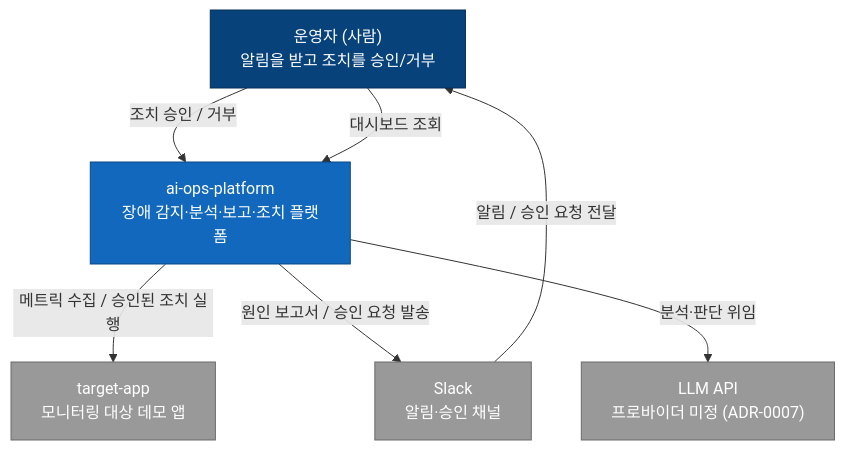
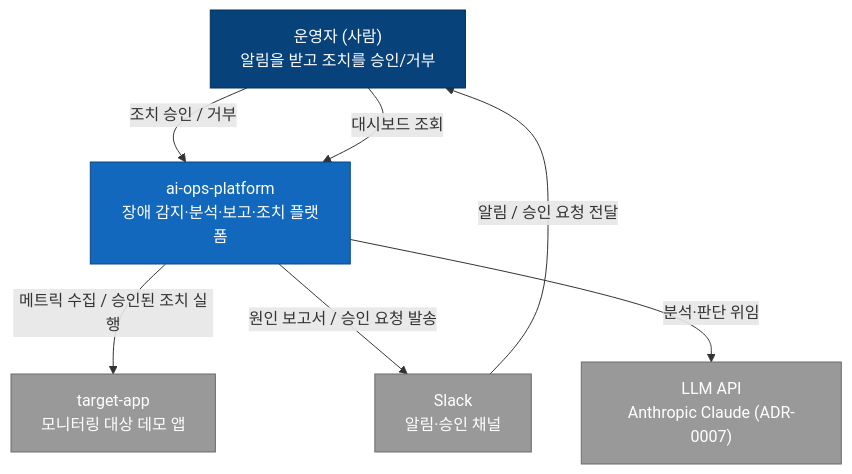
The first of 2 diagrams in docs/architecture.md (stillframe42/ai-ops-platform), drawn with Mermaid before and after one commit. The commit also changed other lines of this file and 4 other files, not shown here.

First line of the commit message:
docs: ADR-0002/0007 결정 — 관측 데이터 직접 조회, LLM 은 Claude Sonnet 5

````diff
--- a/docs/architecture.md
+++ b/docs/architecture.md
@@ -9,22 +9,22 @@
 ```mermaid
 flowchart TB
     operator["운영자 (사람)<br/>알림을 받고 조치를 승인/거부"]
     platform["ai-ops-platform<br/>장애 감지·분석·보고·조치 플랫폼"]
     target["target-app<br/>모니터링 대상 데모 앱"]
     slack["Slack<br/>알림·승인 채널"]
-    llm["LLM API<br/>프로바이더 미정 (ADR-0007)"]
+    llm["LLM API<br/>Anthropic Claude (ADR-0007)"]
 
     platform -->|"메트릭 수집 / 승인된 조치 실행"| target
     platform -->|"원인 보고서 / 승인 요청 발송"| slack
     slack -->|"알림 / 승인 요청 전달"| operator
     operator -->|"조치 승인 / 거부"| platform
     operator -->|"대시보드 조회"| platform
     platform -->|"분석·판단 위임"| llm
 
     classDef person fill:#08427b,color:#fff,stroke:#052e56
     classDef system fill:#1168bd,color:#fff,stroke:#0b4884
     classDef external fill:#999,color:#fff,stroke:#6b6b6b
     class operator person
     class platform system
     class target,slack,llm external
 ```
````
